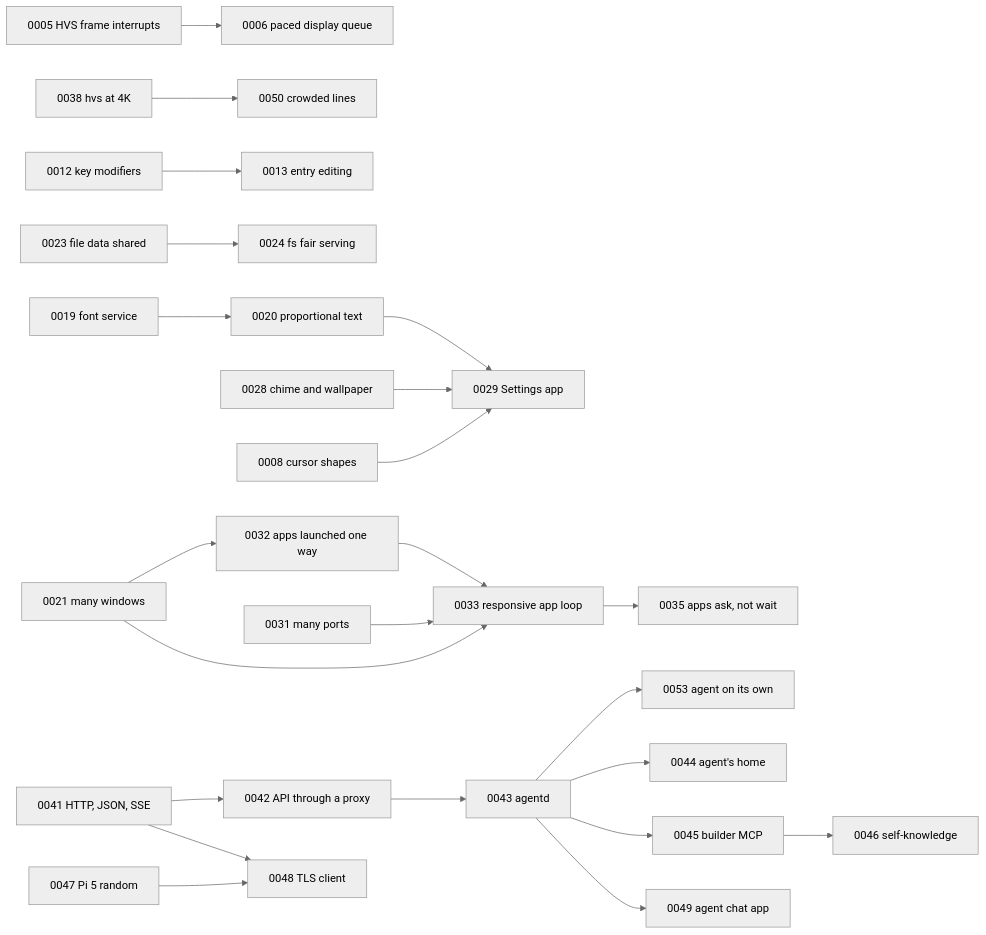
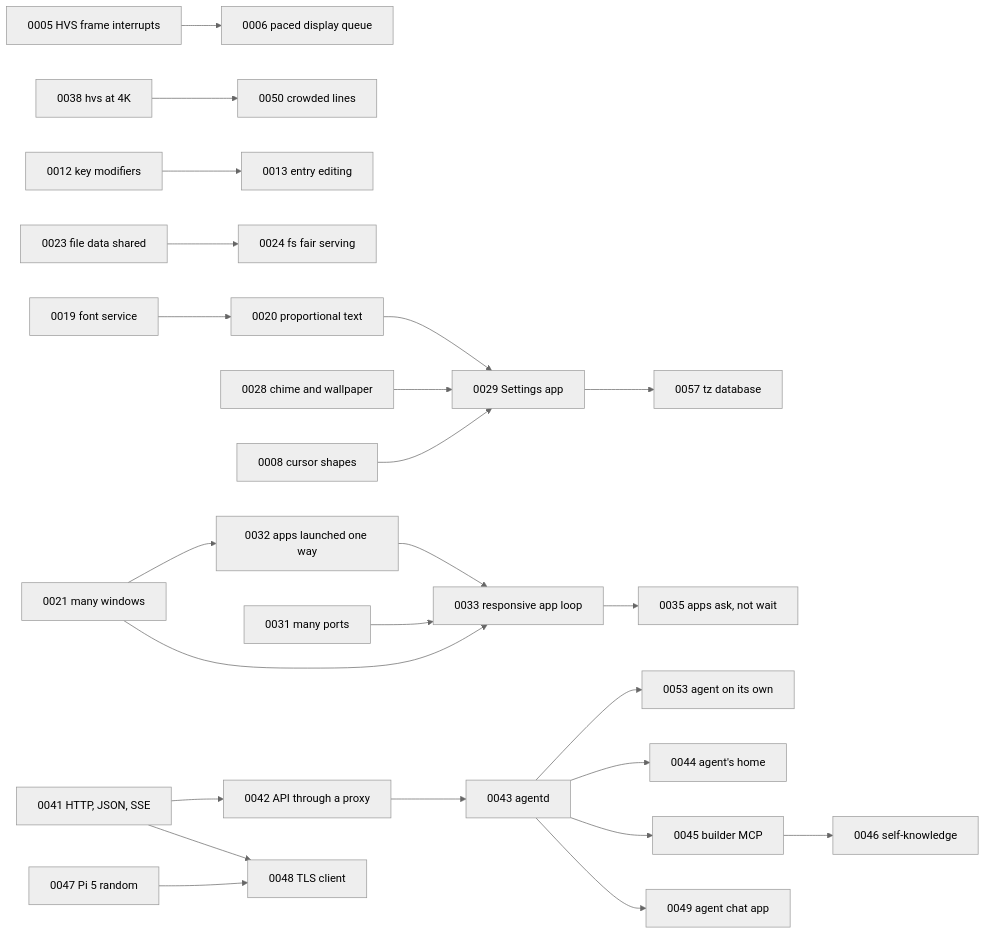
One commit to misleb/L0S changed the diagram in roadmap/INDEX.md. Above: the diagram before and after it, drawn with Mermaid (neutral theme). The commit also changed other lines of this file and 31 other files, not shown here.

First line of the commit message:
Roadmap 0056 done: the clock in UTC, shown in US Pacific time

````diff
--- a/roadmap/INDEX.md
+++ b/roadmap/INDEX.md
@@ -58,25 +58,26 @@
 ```mermaid
 graph LR
   0005[0005 HVS frame interrupts] --> 0006[0006 paced display queue]
   0038[0038 hvs at 4K] --> 0050[0050 crowded lines]
   0012[0012 key modifiers] --> 0013[0013 entry editing]
   0019[0019 font service] --> 0020[0020 proportional text]
   0023[0023 file data shared] --> 0024[0024 fs fair serving]
   0028[0028 chime and wallpaper] --> 0029[0029 Settings app]
   0008[0008 cursor shapes] --> 0029
   0020 --> 0029
+  0029 --> 0057[0057 tz database]
   0021[0021 many windows] --> 0032[0032 apps launched one way]
   0032 --> 0033[0033 responsive app loop]
   0033 --> 0035[0035 apps ask, not wait]
   0031[0031 many ports] --> 0033
   0021 --> 0033
   0041[0041 HTTP, JSON, SSE] --> 0042[0042 API through a proxy]
   0042 --> 0043[0043 agentd]
   0043 --> 0053[0053 agent on its own]
   0043 --> 0044[0044 agent's home]
   0043 --> 0045[0045 builder MCP]
   0045 --> 0046[0046 self-knowledge]
   0043 --> 0049[0049 agent chat app]
   0041 --> 0048[0048 TLS client]
   0047[0047 Pi 5 random] --> 0048
 ```
````
